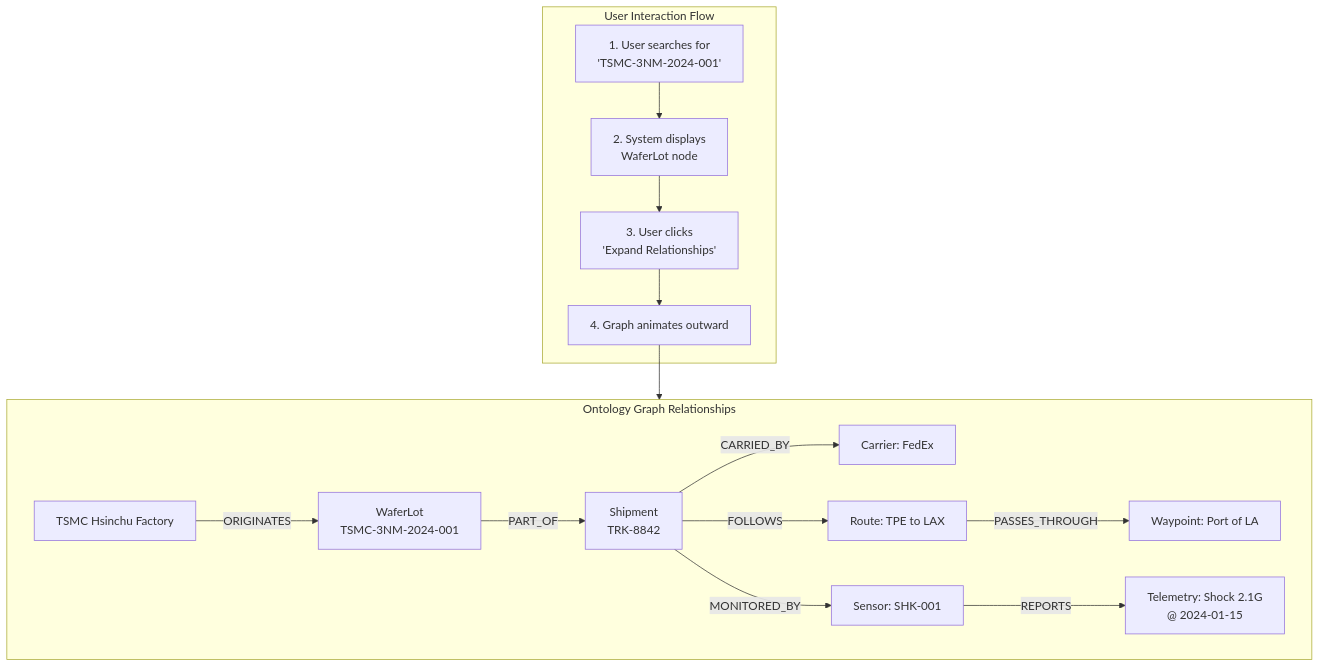
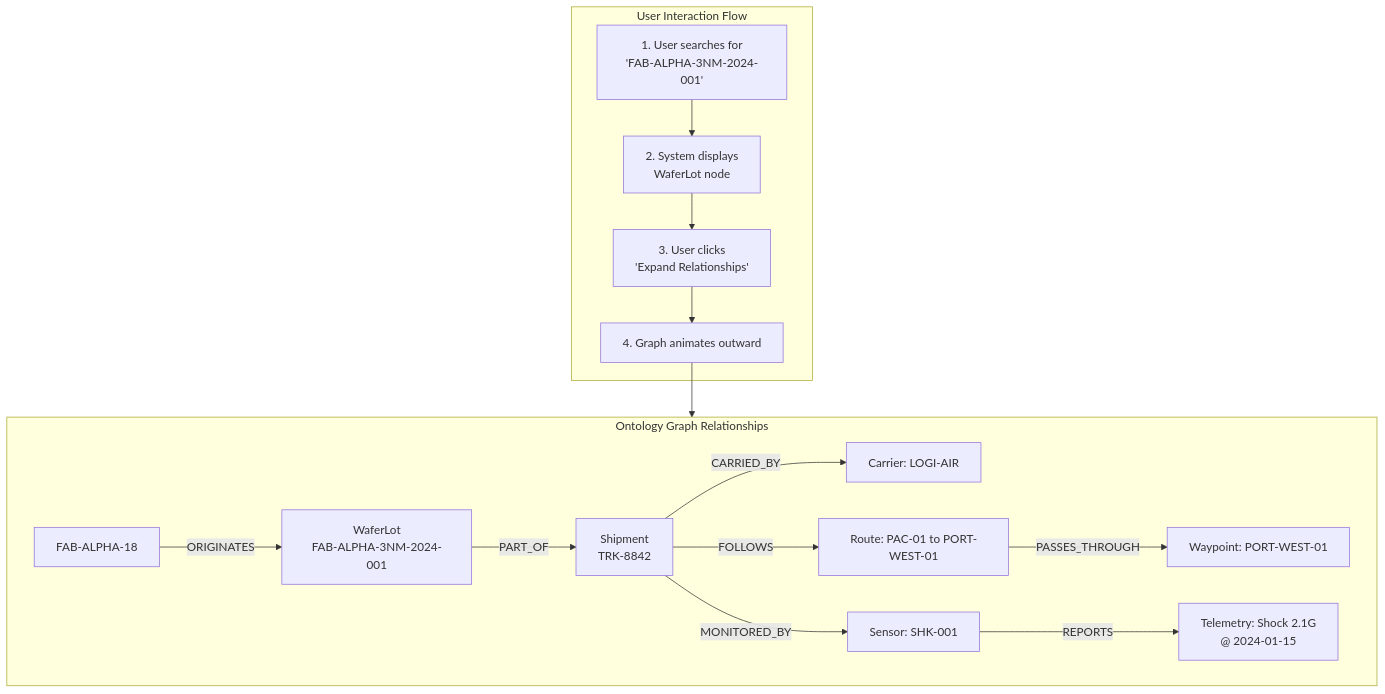
The fourth of 8 diagrams in Transvec_Project_Specification.md (AngelP17/Transvec), drawn with Mermaid before and after one commit. The commit also changed other lines of this file and 26 other files, not shown here.

````diff
--- a/Transvec_Project_Specification.md
+++ b/Transvec_Project_Specification.md
@@ -326,21 +339,21 @@
 ```mermaid
 flowchart TB
     subgraph UserFlow["User Interaction Flow"]
-        A["1. User searches for<br/>'TSMC-3NM-2024-001'"] --> B["2. System displays<br/>WaferLot node"]
+        A["1. User searches for<br/>'FAB-ALPHA-3NM-2024-001'"] --> B["2. System displays<br/>WaferLot node"]
         B --> C["3. User clicks<br/>'Expand Relationships'"]
         C --> D["4. Graph animates outward"]
     end
 
     subgraph Graph["Ontology Graph Relationships"]
-        FAC["TSMC Hsinchu Factory"]
-        FAC -->|ORIGINATES| WL["WaferLot<br/>TSMC-3NM-2024-001"]
+        FAC["FAB-ALPHA-18"]
+        FAC -->|ORIGINATES| WL["WaferLot<br/>FAB-ALPHA-3NM-2024-001"]
         WL -->|PART_OF| SH["Shipment<br/>TRK-8842"]
-        SH -->|CARRIED_BY| CA["Carrier: FedEx"]
-        SH -->|FOLLOWS| RT["Route: TPE to LAX"]
+        SH -->|CARRIED_BY| CA["Carrier: LOGI-AIR"]
+        SH -->|FOLLOWS| RT["Route: PAC-01 to PORT-WEST-01"]
         SH -->|MONITORED_BY| SE["Sensor: SHK-001"]
-        RT -->|PASSES_THROUGH| WP["Waypoint: Port of LA"]
+        RT -->|PASSES_THROUGH| WP["Waypoint: PORT-WEST-01"]
         SE -->|REPORTS| TEL["Telemetry: Shock 2.1G<br/>@ 2024-01-15"]
     end
 
     D --> Graph
 ```
````
